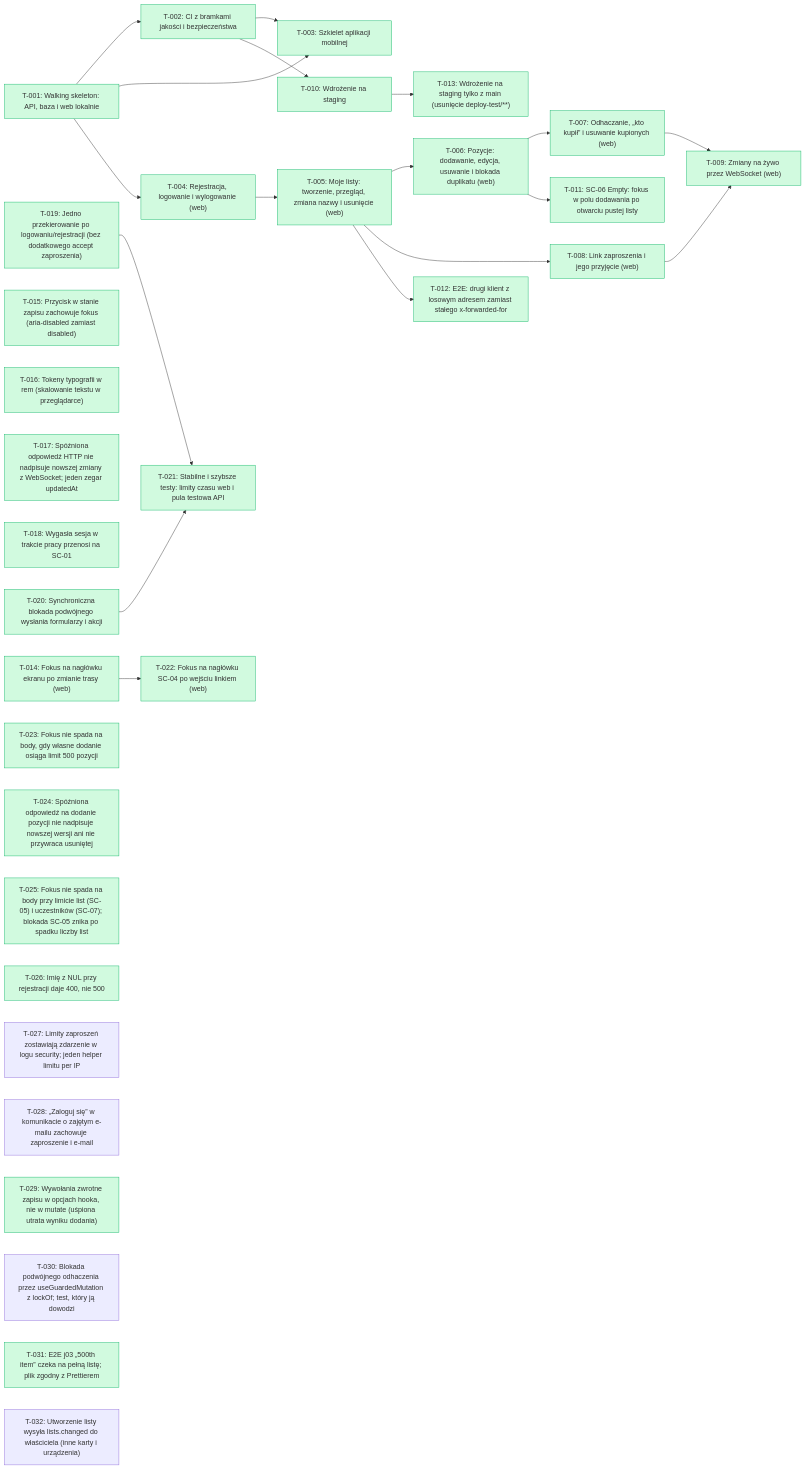
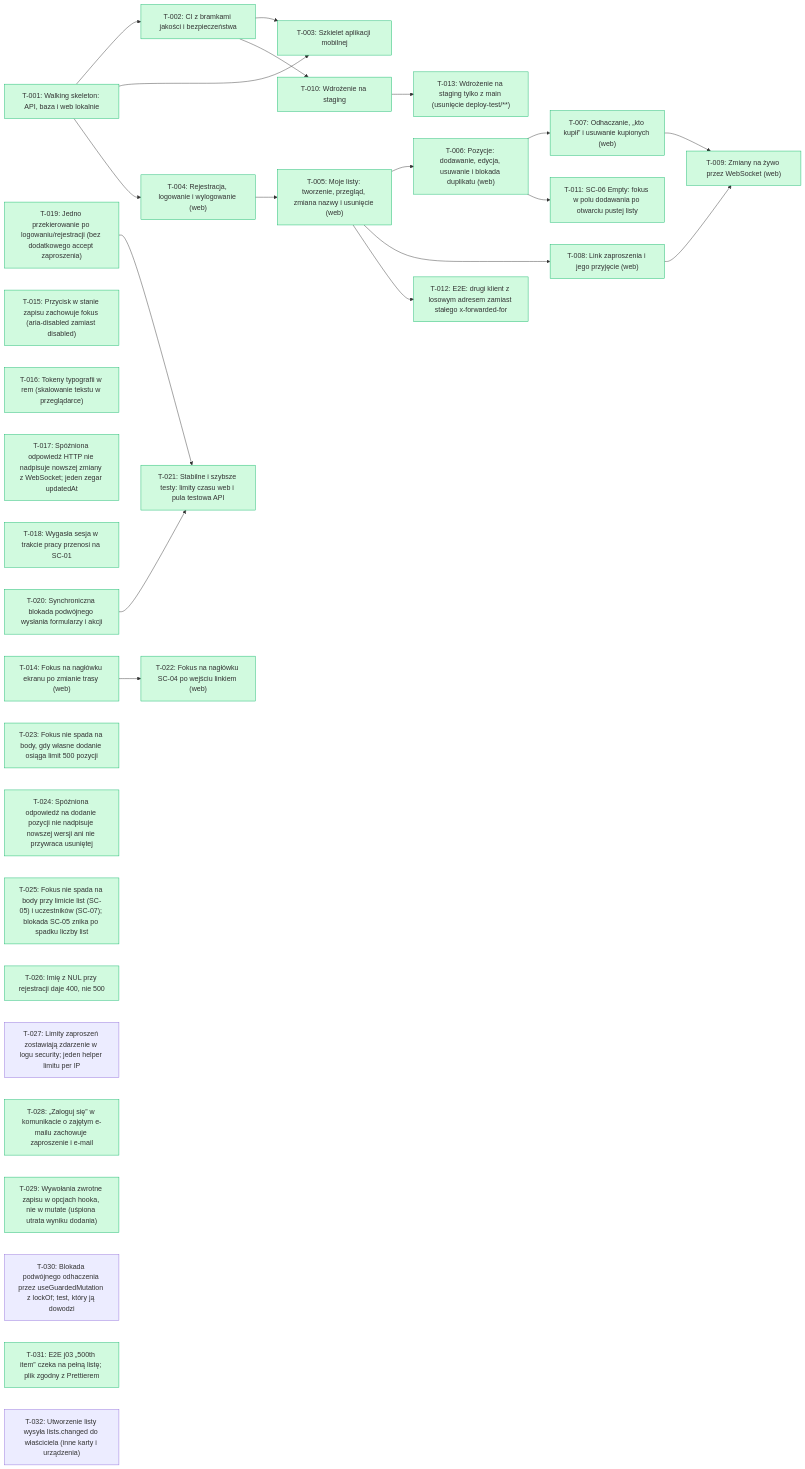
The diagram in docs/backlog/index.md (tombraz/lista-zakupow), drawn with Mermaid before and after one commit. The commit also changed other lines of this file and 1 other file, not shown here.

````diff
--- a/docs/backlog/index.md
+++ b/docs/backlog/index.md
@@ -20,56 +19,56 @@
 ```mermaid
 flowchart LR
   T_001["T-001: Walking skeleton: API, baza i web lokalnie"]:::done
   T_002["T-002: CI z bramkami jakości i bezpieczeństwa"]:::done
   T_003["T-003: Szkielet aplikacji mobilnej"]:::done
   T_004["T-004: Rejestracja, logowanie i wylogowanie (web)"]:::done
   T_005["T-005: Moje listy: tworzenie, przegląd, zmiana nazwy i usunięcie (web)"]:::done
   T_006["T-006: Pozycje: dodawanie, edycja, usuwanie i blokada duplikatu (web)"]:::done
   T_007["T-007: Odhaczanie, „kto kupił” i usuwanie kupionych (web)"]:::done
   T_008["T-008: Link zaproszenia i jego przyjęcie (web)"]:::done
   T_009["T-009: Zmiany na żywo przez WebSocket (web)"]:::done
   T_010["T-010: Wdrożenie na staging"]:::done
   T_011["T-011: SC-06 Empty: fokus w polu dodawania po otwarciu pustej listy"]:::done
   T_012["T-012: E2E: drugi klient z losowym adresem zamiast stałego x-forwarded-for"]:::done
   T_013["T-013: Wdrożenie na staging tylko z main (usunięcie deploy-test/**)"]:::done
   T_014["T-014: Fokus na nagłówku ekranu po zmianie trasy (web)"]:::done
   T_015["T-015: Przycisk w stanie zapisu zachowuje fokus (aria-disabled zamiast disabled)"]:::done
   T_016["T-016: Tokeny typografii w rem (skalowanie tekstu w przeglądarce)"]:::done
   T_017["T-017: Spóźniona odpowiedź HTTP nie nadpisuje nowszej zmiany z WebSocket; jeden zegar updatedAt"]:::done
   T_018["T-018: Wygasła sesja w trakcie pracy przenosi na SC-01"]:::done
   T_019["T-019: Jedno przekierowanie po logowaniu/rejestracji (bez dodatkowego accept zaproszenia)"]:::done
   T_020["T-020: Synchroniczna blokada podwójnego wysłania formularzy i akcji"]:::done
   T_021["T-021: Stabilne i szybsze testy: limity czasu web i pula testowa API"]:::done
   T_022["T-022: Fokus na nagłówku SC-04 po wejściu linkiem (web)"]:::done
   T_023["T-023: Fokus nie spada na body, gdy własne dodanie osiąga limit 500 pozycji"]:::done
   T_024["T-024: Spóźniona odpowiedź na dodanie pozycji nie nadpisuje nowszej wersji ani nie przywraca usuniętej"]:::done
   T_025["T-025: Fokus nie spada na body przy limicie list (SC-05) i uczestników (SC-07); blokada SC-05 znika po spadku liczby list"]:::done
   T_026["T-026: Imię z NUL przy rejestracji daje 400, nie 500"]:::done
   T_027["T-027: Limity zaproszeń zostawiają zdarzenie w logu security; jeden helper limitu per IP"]
-  T_028["T-028: „Zaloguj się” w komunikacie o zajętym e-mailu zachowuje zaproszenie i e-mail"]
+  T_028["T-028: „Zaloguj się” w komunikacie o zajętym e-mailu zachowuje zaproszenie i e-mail"]:::done
   T_029["T-029: Wywołania zwrotne zapisu w opcjach hooka, nie w mutate (uśpiona utrata wyniku dodania)"]:::done
   T_030["T-030: Blokada podwójnego odhaczenia przez useGuardedMutation z lockOf; test, który ją dowodzi"]
   T_031["T-031: E2E j03 „500th item” czeka na pełną listę; plik zgodny z Prettierem"]:::done
   T_032["T-032: Utworzenie listy wysyła lists.changed do właściciela (inne karty i urządzenia)"]
   T_001 --> T_002
   T_001 --> T_003
   T_002 --> T_003
   T_001 --> T_004
   T_004 --> T_005
   T_005 --> T_006
   T_006 --> T_007
   T_005 --> T_008
   T_007 --> T_009
   T_008 --> T_009
   T_002 --> T_010
   T_006 --> T_011
   T_005 --> T_012
   T_010 --> T_013
   T_019 --> T_021
   T_020 --> T_021
   T_014 --> T_022
   classDef done fill:#d1fadf,stroke:#12b76a
   classDef wip fill:#fef0c7,stroke:#f79009
   classDef qa fill:#e0eaff,stroke:#2970ff
   classDef blocked fill:#fee4e2,stroke:#f04438
 ```
````
